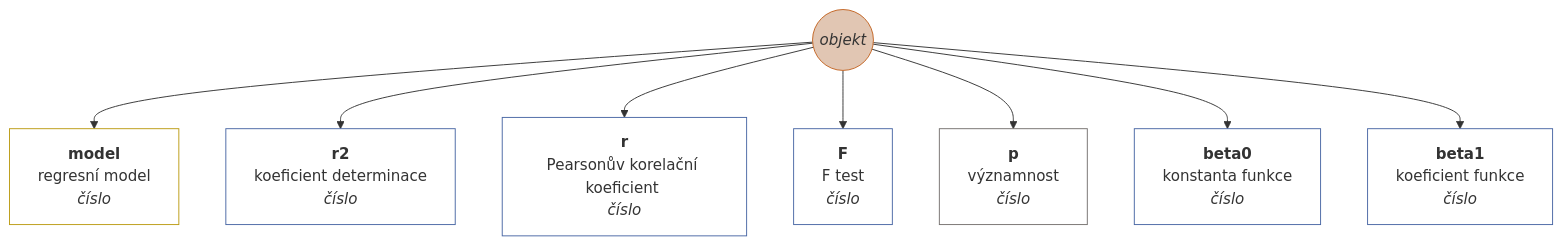
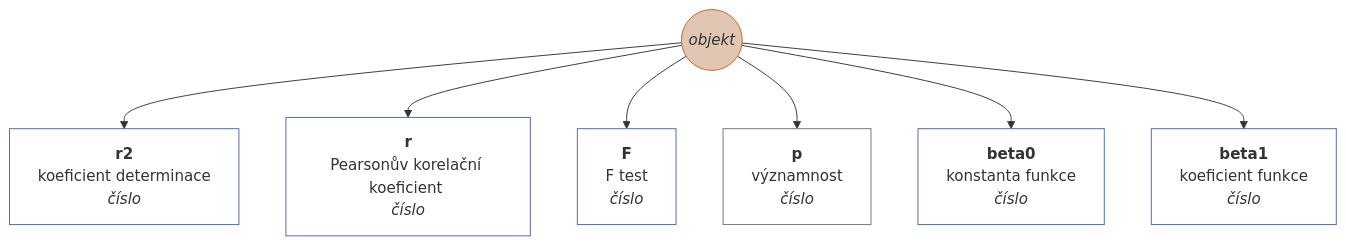
One commit to muzikp/retusa changed the first of 13 diagrams in docs/cs-CZ/matrix.md. Above: the diagram before and after it, drawn with Mermaid. The commit also changed other lines of this file and 13 other files, not shown here.

````diff
--- a/docs/cs-CZ/matrix.md
+++ b/docs/cs-CZ/matrix.md
@@ -55,28 +60,25 @@
 ```mermaid
 graph TD
 linreg((<i>objekt</i>))
 style linreg fill:#E1C6B3;
 style linreg stroke:#C36422;
-linreg --> model[<b>model</b><br>regresní model <br><i>číslo</i>]
-style model fill:#FFFFFF;
-style model stroke:#BB9B14;
 linreg --> r2[<b>r2</b><br>koeficient determinace <br><i>číslo</i>]
 style r2 fill:#FFFFFF;
 style r2 stroke:#4967A4;
 linreg --> r[<b>r</b><br>Pearsonův korelační koeficient <br><i>číslo</i>]
 style r fill:#FFFFFF;
 style r stroke:#4967A4;
 linreg --> F[<b>F</b><br>F test <br><i>číslo</i>]
 style F fill:#FFFFFF;
 style F stroke:#4967A4;
 linreg --> p[<b>p</b><br>významnost <br><i>číslo</i>]
 style p fill:#FFFFFF;
 style p stroke:#75716F;
 linreg --> beta0[<b>beta0</b><br>konstanta funkce <br><i>číslo</i>]
 style beta0 fill:#FFFFFF;
 style beta0 stroke:#4967A4;
 linreg --> beta1[<b>beta1</b><br>koeficient funkce <br><i>číslo</i>]
 style beta1 fill:#FFFFFF;
 style beta1 stroke:#4967A4;
 
 ```
````
